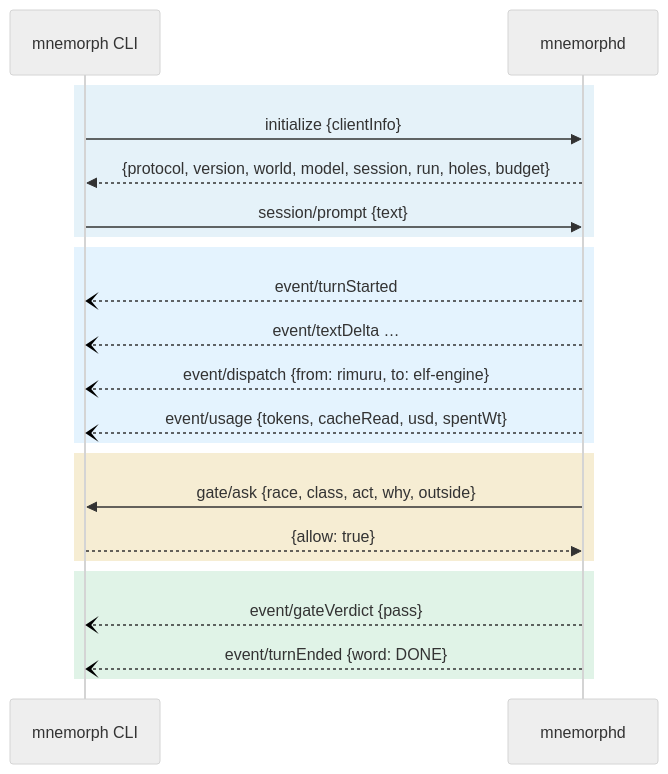
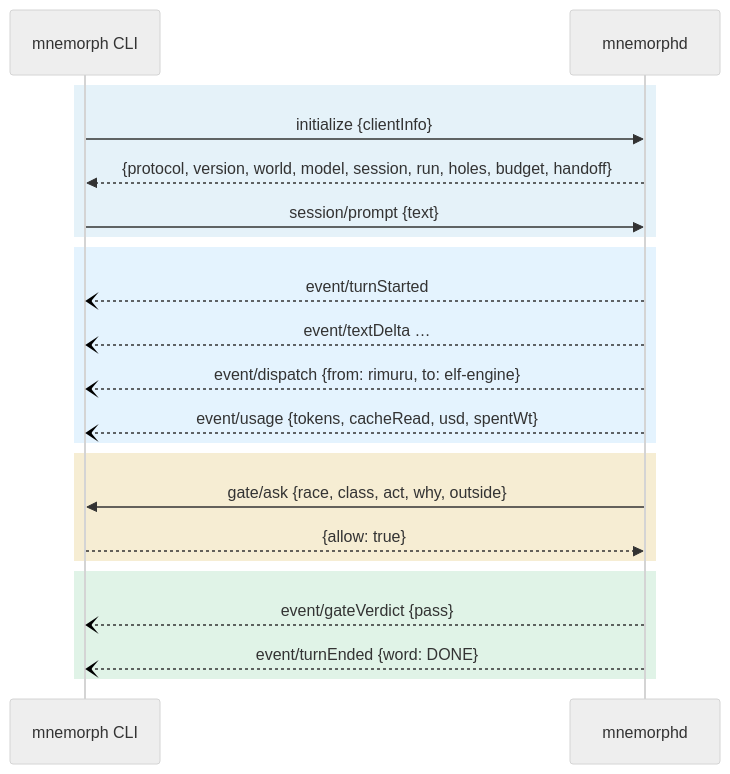
The fourth of 4 diagrams in docs/04-communication.md (Kaginari/mnemorph), drawn with Mermaid before and after one commit. The commit also changed other lines of this file and 18 other files, not shown here.

Commit message:
M6: /send steers a running turn at its next tool step; /handoff writes what a session knows, /handoff read checks it

````diff
--- a/docs/04-communication.md
+++ b/docs/04-communication.md
@@ -258,31 +258,31 @@
 ```mermaid
 ---
 config:
   look: handDrawn
   theme: neutral
   flowchart:
     wrappingWidth: 360
 ---
 sequenceDiagram
     participant CLI as mnemorph CLI
     participant D as mnemorphd
     rect rgba(2,132,199,0.10)
     CLI->>D: initialize {clientInfo}
-    D-->>CLI: {protocol, version, world, model, session, run, holes, budget}
+    D-->>CLI: {protocol, version, world, model, session, run, holes, budget, handoff}
     CLI->>D: session/prompt {text}
     end
     rect rgba(63,169,245,0.14)
     D--)CLI: event/turnStarted
     D--)CLI: event/textDelta …
     D--)CLI: event/dispatch {from: rimuru, to: elf-engine}
     D--)CLI: event/usage {tokens, cacheRead, usd, spentWt}
     end
     rect rgba(212,175,55,0.22)
     D->>CLI: gate/ask {race, class, act, why, outside}
     CLI-->>D: {allow: true}
     end
     rect rgba(22,163,74,0.13)
     D--)CLI: event/gateVerdict {pass}
     D--)CLI: event/turnEnded {word: DONE}
     end
 ```
````
